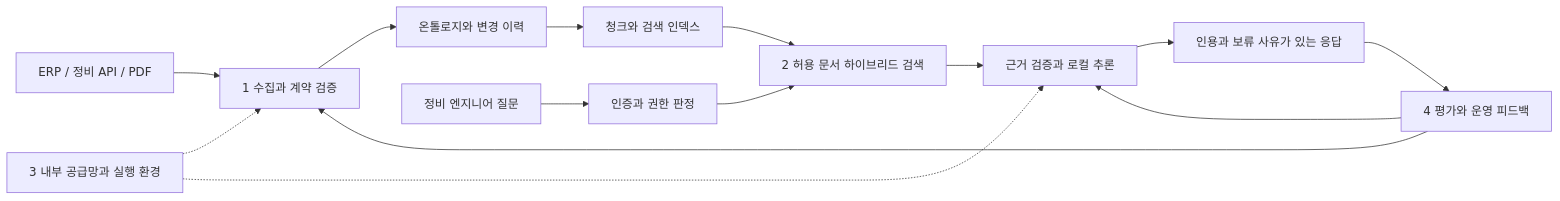
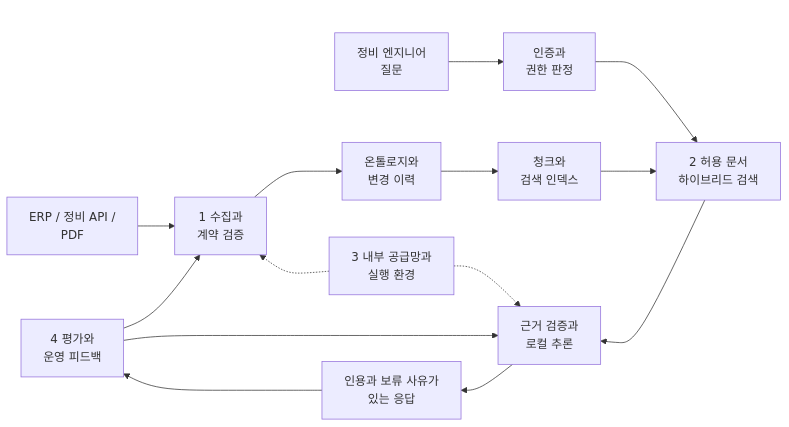
Before and after one commit to jay-jang/preparing-fde: the first of 17 diagrams in docs/fde-prezi-ko.md, drawn with Mermaid. The commit also changed other lines of this file and 75 other files, not shown here.

````diff
--- a/docs/fde-prezi-ko.md
+++ b/docs/fde-prezi-ko.md
@@ -45,16 +67,26 @@
 ```mermaid
 flowchart LR
-  S["ERP / 정비 API / PDF"] --> I["1 수집과 계약 검증"]
-  I --> O["온톨로지와 변경 이력"]
-  O --> X["청크와 검색 인덱스"]
-  U["정비 엔지니어 질문"] --> P["인증과 권한 판정"]
-  P --> R["2 허용 문서 하이브리드 검색"]
+  %% Invisible links (~~~) fold the feedback loop into a ring: data path on top, answer path back along the bottom.
+  %% Keep M first and the ~~~ lines in this order; they decide which edges dagre draws right-to-left.
+  M["4 평가와<br/>운영 피드백"] ~~~ A["인용과 보류 사유가<br/>있는 응답"]
+  A ~~~ G["근거 검증과<br/>로컬 추론"]
+  G ~~~ R["2 허용 문서<br/>하이브리드 검색"]
+  subgraph Q[" "]
+    U["정비 엔지니어<br/>질문"] --> P["인증과<br/>권한 판정"]
+  end
+  S["ERP / 정비 API /<br/>PDF"] --> I["1 수집과<br/>계약 검증"]
+  I --> O["온톨로지와<br/>변경 이력"]
+  O --> X["청크와<br/>검색 인덱스"]
+  I ~~~ D["3 내부 공급망과<br/>실행 환경"]
   X --> R
-  R --> G["근거 검증과 로컬 추론"]
-  G --> A["인용과 보류 사유가 있는 응답"]
-  D["3 내부 공급망과 실행 환경"] -.-> I
+  P --> R
+  D -.-> I
   D -.-> G
-  A --> M["4 평가와 운영 피드백"]
+  R --> G
+  G --> A
+  A --> M
   M --> I
   M --> G
+  M ~~~ D
+  style Q fill:none,stroke:none
 ```
````
